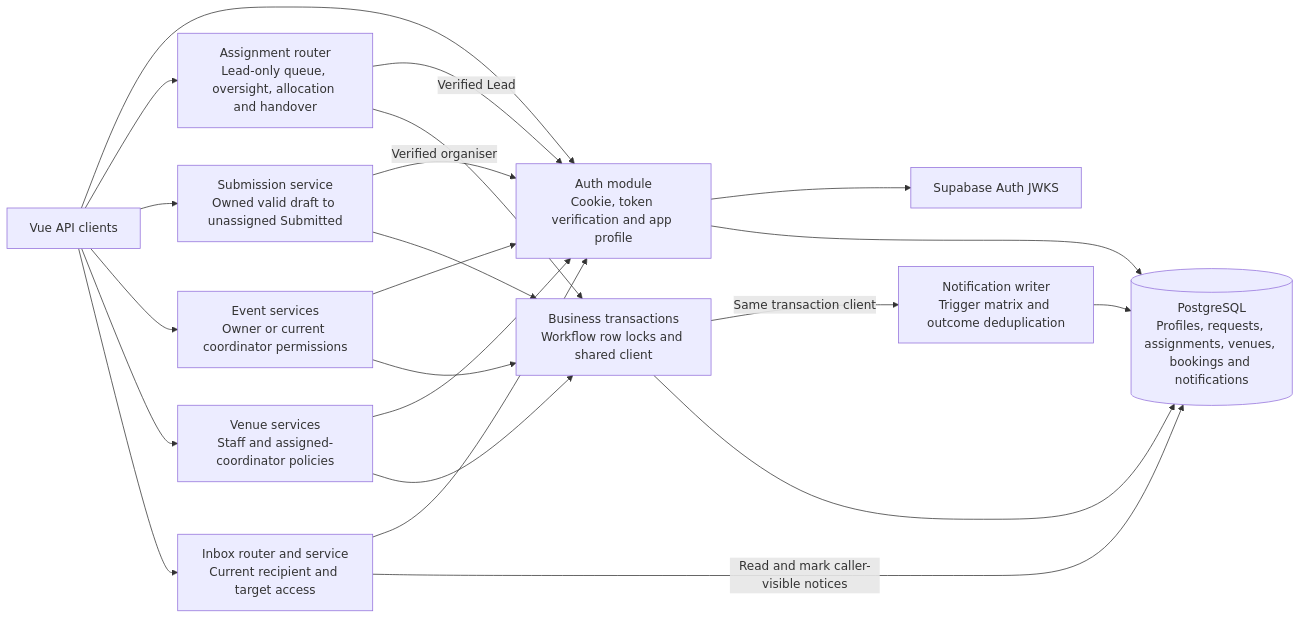
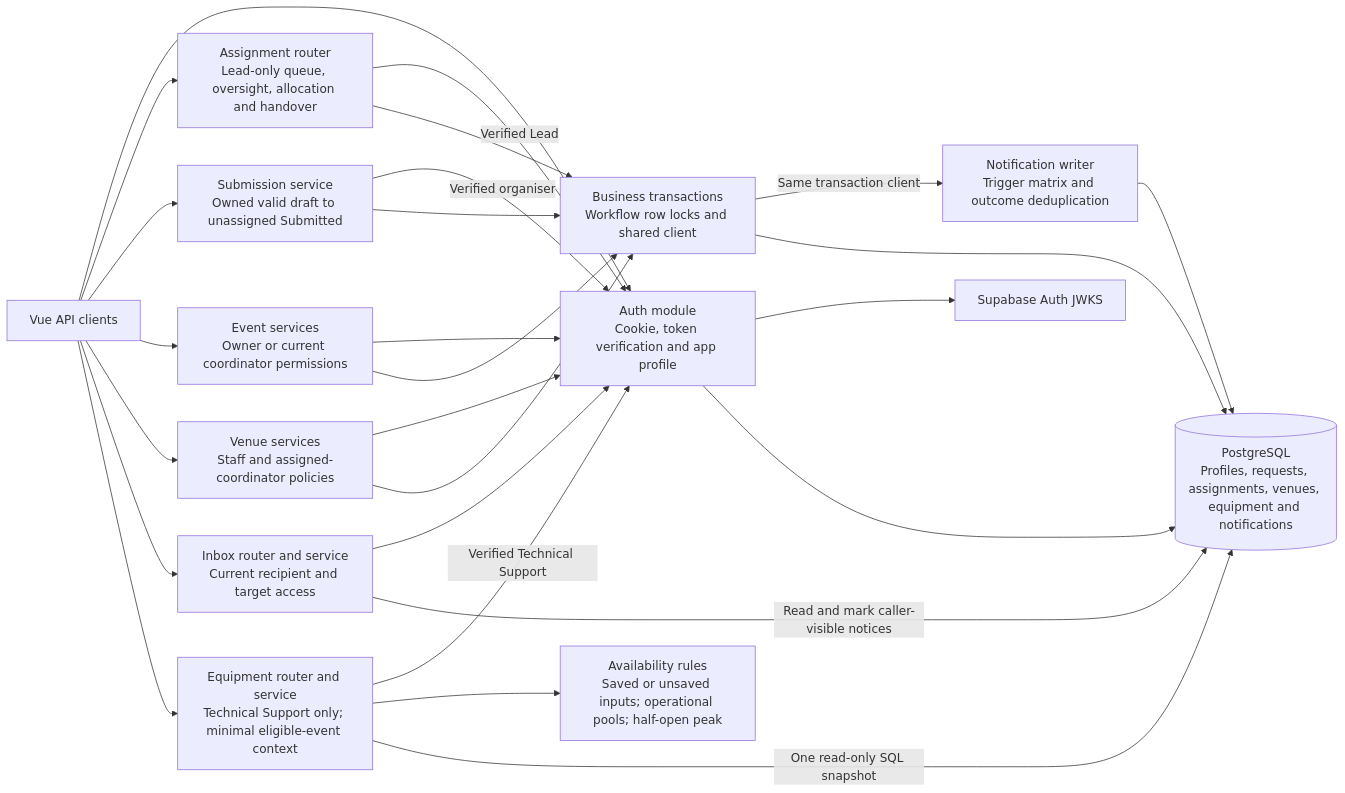
The third of 9 diagrams in docs/architecture/README.md (MochaLxtte/ConnectSphere), drawn with Mermaid before and after one commit. The commit also changed other lines of this file and 11 other files, not shown here.

Commit message:
docs(KAN-9): document equipment contracts schema and architecture

````diff
--- a/docs/architecture/README.md
+++ b/docs/architecture/README.md
@@ -81,35 +81,41 @@
 ```mermaid
 flowchart LR
   browser["Vue API clients"]
   auth["Auth module<br/>Cookie, token verification and app profile"]
   allocation["Assignment router<br/>Lead-only queue, oversight, allocation and handover"]
   submit["Submission service<br/>Owned valid draft to unassigned Submitted"]
   events["Event services<br/>Owner or current coordinator permissions"]
   venues["Venue services<br/>Staff and assigned-coordinator policies"]
+  equipment["Equipment router and service<br/>Technical Support only; minimal eligible-event context"]
+  equipmentRules["Availability rules<br/>Saved or unsaved inputs; operational pools; half-open peak"]
   inbox["Inbox router and service<br/>Current recipient and target access"]
   notify["Notification writer<br/>Trigger matrix and outcome deduplication"]
   transactions["Business transactions<br/>Workflow row locks and shared client"]
   identity["Supabase Auth JWKS"]
-  db[("PostgreSQL<br/>Profiles, requests, assignments, venues, bookings and notifications")]
+  db[("PostgreSQL<br/>Profiles, requests, assignments, venues, equipment and notifications")]
   browser --> auth
   auth --> identity
   auth --> db
   browser --> allocation
   browser --> submit
   browser --> events
   browser --> venues
   browser --> inbox
+  browser --> equipment
+  equipment -->|Verified Technical Support| auth
+  equipment --> equipmentRules
+  equipment -->|One read-only SQL snapshot| db
   allocation -->|Verified Lead| auth
   submit -->|Verified organiser| auth
   events --> auth
   venues --> auth
   inbox --> auth
   allocation --> transactions
   submit --> transactions
   events --> transactions
   venues --> transactions
   transactions -->|Same transaction client| notify
   notify --> db
   inbox -->|Read and mark caller-visible notices| db
   transactions --> db
 ```
````
